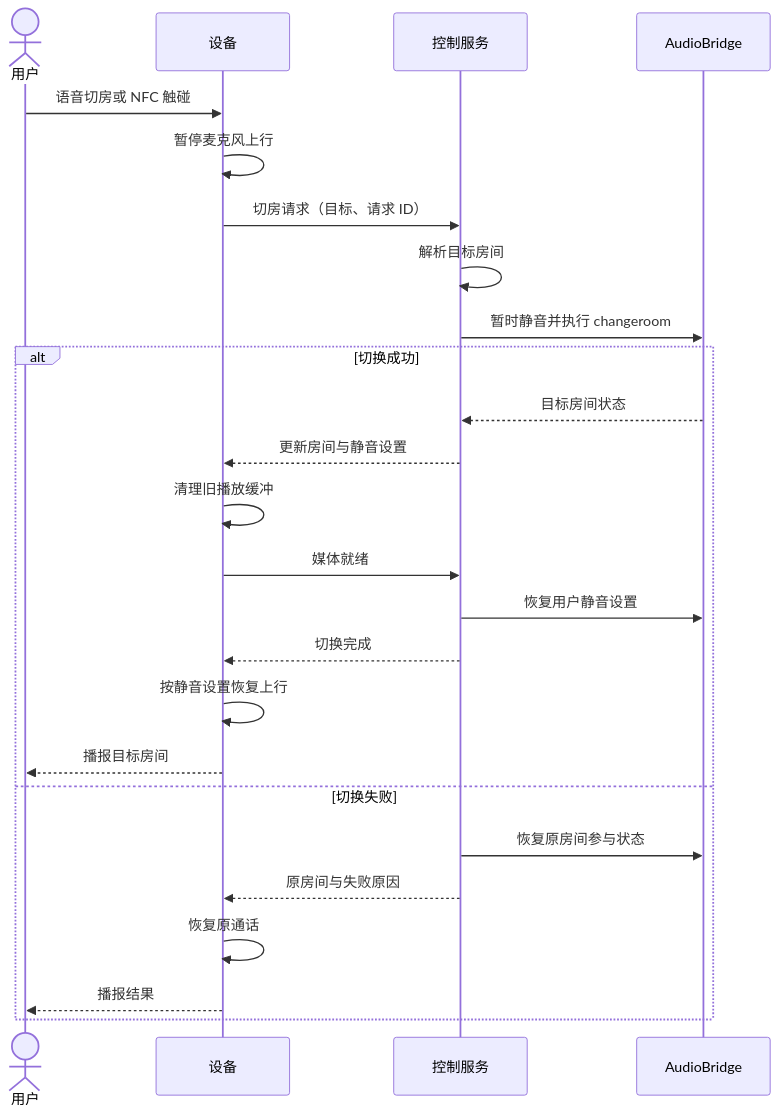
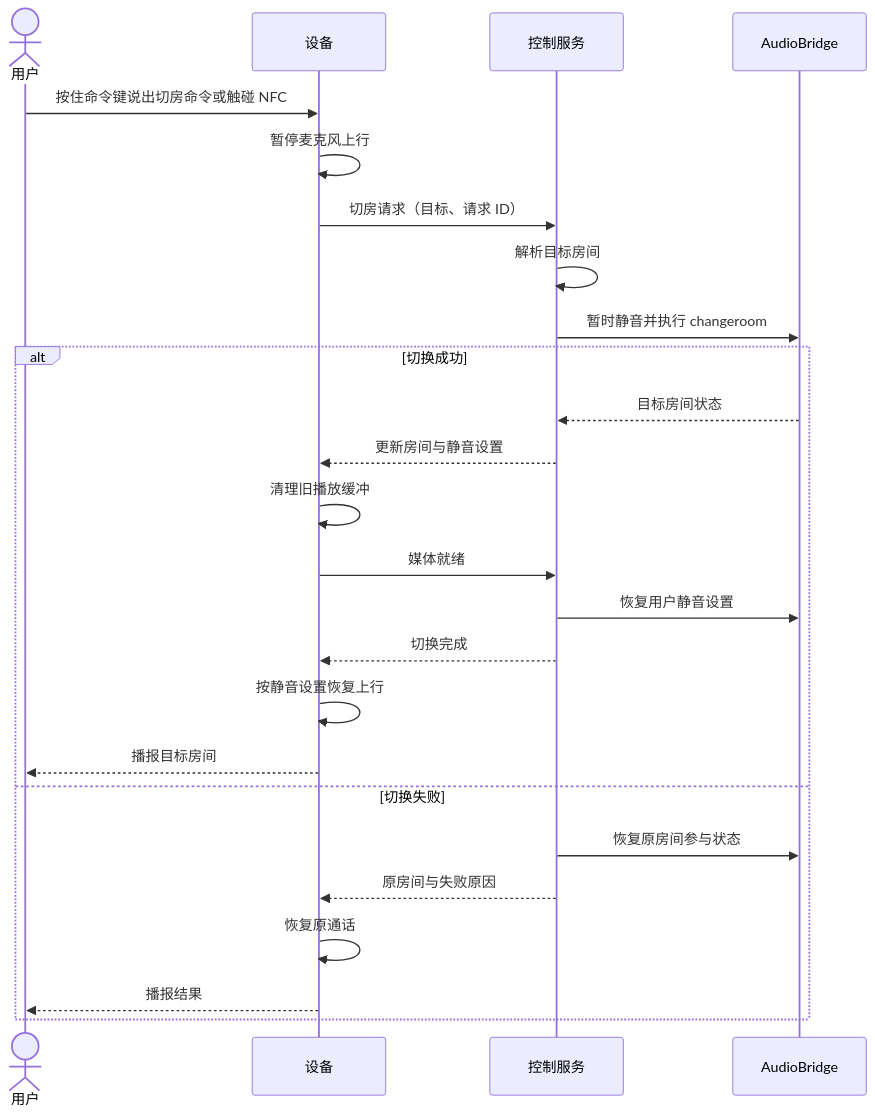
One commit to Shi1xin/linx-intercom changed the fifth of 7 diagrams in docs/architecture-design.md. Above: the diagram before and after it, drawn with Mermaid. The commit also changed other lines of this file and 1 other file, not shown here.

````diff
--- a/docs/architecture-design.md
+++ b/docs/architecture-design.md
@@ -146,27 +146,27 @@
 ```mermaid
 sequenceDiagram
     actor U as 用户
     participant D as 设备
     participant C as 控制服务
     participant J as AudioBridge
-    U->>D: 语音切房或 NFC 触碰
+    U->>D: 按住命令键说出切房命令或触碰 NFC
     D->>D: 暂停麦克风上行
     D->>C: 切房请求（目标、请求 ID）
     C->>C: 解析目标房间
     C->>J: 暂时静音并执行 changeroom
     alt 切换成功
         J-->>C: 目标房间状态
         C-->>D: 更新房间与静音设置
         D->>D: 清理旧播放缓冲
         D->>C: 媒体就绪
         C->>J: 恢复用户静音设置
         C-->>D: 切换完成
         D->>D: 按静音设置恢复上行
         D-->>U: 播报目标房间
     else 切换失败
         C->>J: 恢复原房间参与状态
         C-->>D: 原房间与失败原因
         D->>D: 恢复原通话
         D-->>U: 播报结果
     end
 ```
````
